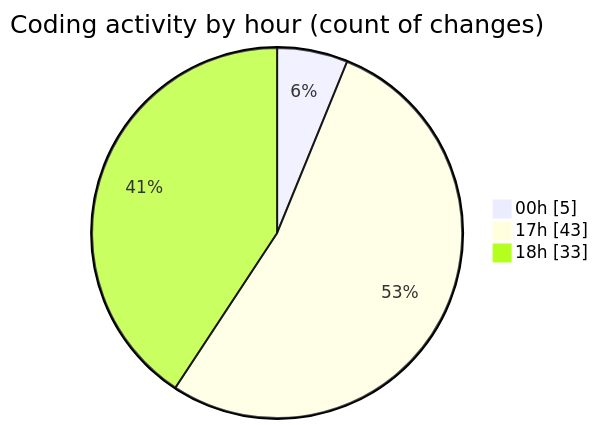
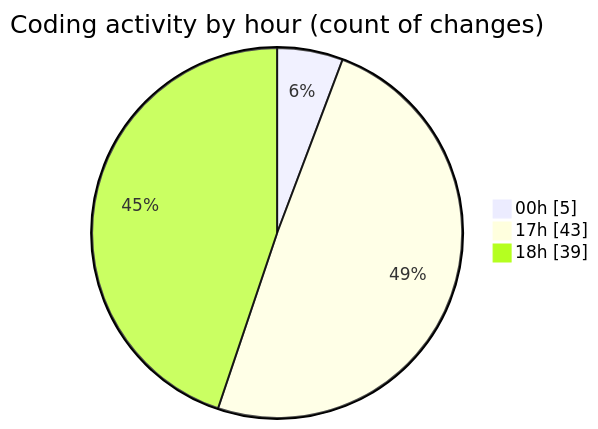
The second of 2 diagrams in 2026-04-12/chatserver/README.md (hasnaa123/code-tracking), drawn with Mermaid before and after one commit. The commit also changed other lines of this file and 1 other file, not shown here.

````diff
--- a/2026-04-12/chatserver/README.md
+++ b/2026-04-12/chatserver/README.md
@@ -33,7 +33,7 @@
 ```mermaid
 pie showData
 title Coding activity by hour (count of changes)
 "00h" : 5
 "17h" : 43
-"18h" : 33
+"18h" : 39
 ```
````
